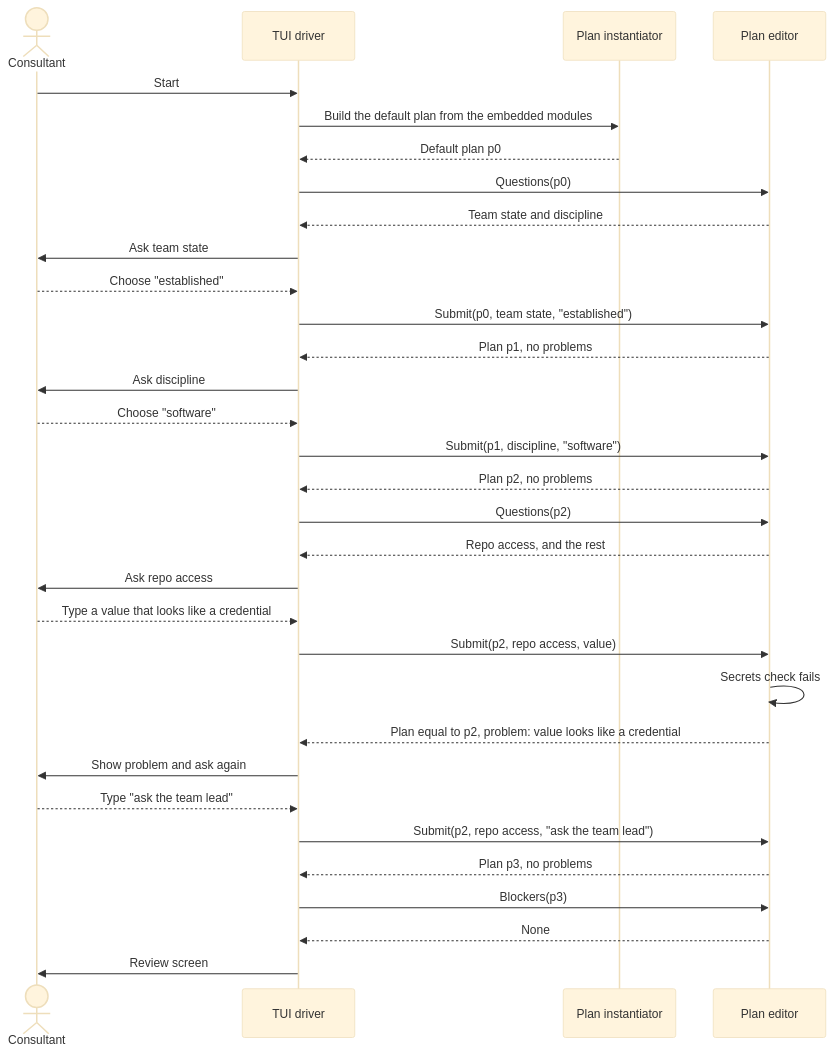
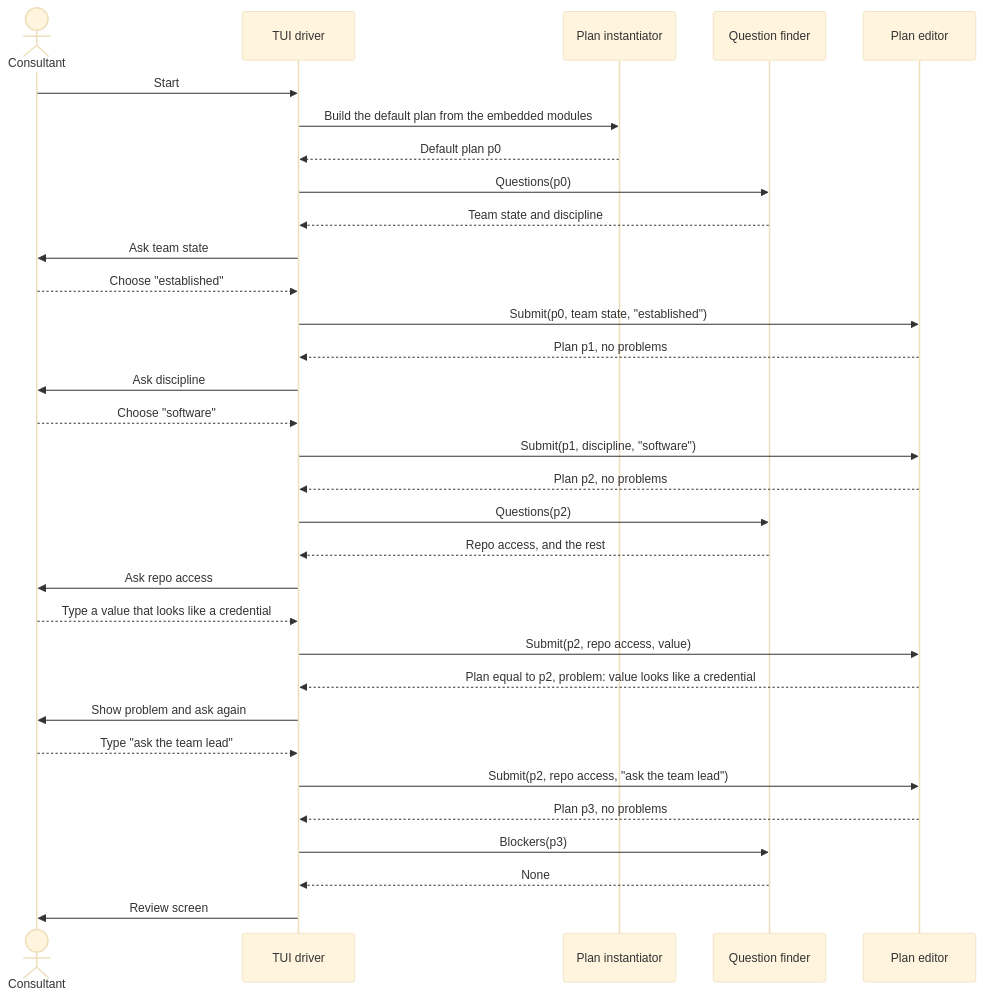
One commit to 8thlight-daveloper/onboard-kit changed the third of 4 diagrams in docs/decisions/0010-plan-editor.md. Above: the diagram before and after it, drawn with Mermaid (base theme). The commit also changed other lines of this file and 10 other files, not shown here.

````diff
--- a/docs/decisions/0010-plan-editor.md
+++ b/docs/decisions/0010-plan-editor.md
@@ -242,38 +259,38 @@
 ```mermaid
 sequenceDiagram
     actor C as Consultant
     participant T as TUI driver
     participant I as Plan instantiator
+    participant F as Question finder
     participant E as Plan editor
 
     C->>T: Start
     T->>I: Build the default plan from the embedded modules
     I-->>T: Default plan p0
 
-    T->>E: Questions(p0)
-    E-->>T: Team state and discipline
+    T->>F: Questions(p0)
+    F-->>T: Team state and discipline
     T->>C: Ask team state
     C-->>T: Choose "established"
     T->>E: Submit(p0, team state, "established")
     E-->>T: Plan p1, no problems
     T->>C: Ask discipline
     C-->>T: Choose "software"
     T->>E: Submit(p1, discipline, "software")
     E-->>T: Plan p2, no problems
 
-    T->>E: Questions(p2)
-    E-->>T: Repo access, and the rest
+    T->>F: Questions(p2)
+    F-->>T: Repo access, and the rest
     T->>C: Ask repo access
     C-->>T: Type a value that looks like a credential
     T->>E: Submit(p2, repo access, value)
-    E->>E: Secrets check fails
     E-->>T: Plan equal to p2, problem: value looks like a credential
     T->>C: Show problem and ask again
     C-->>T: Type "ask the team lead"
     T->>E: Submit(p2, repo access, "ask the team lead")
     E-->>T: Plan p3, no problems
 
-    T->>E: Blockers(p3)
-    E-->>T: None
+    T->>F: Blockers(p3)
+    F-->>T: None
     T->>C: Review screen
 ```
````
